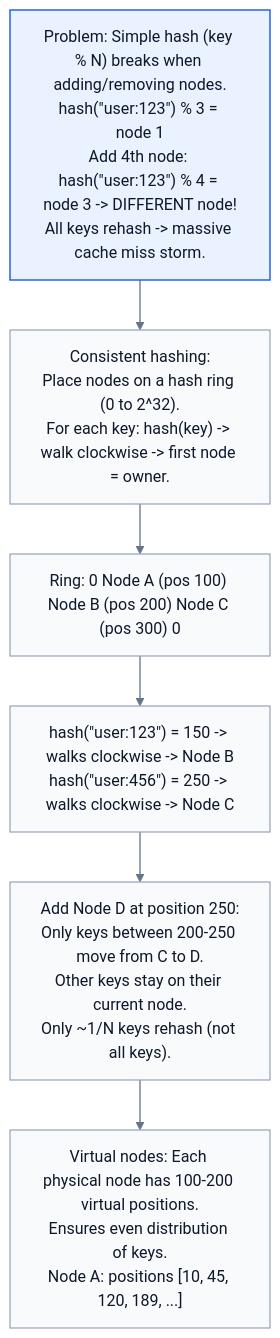
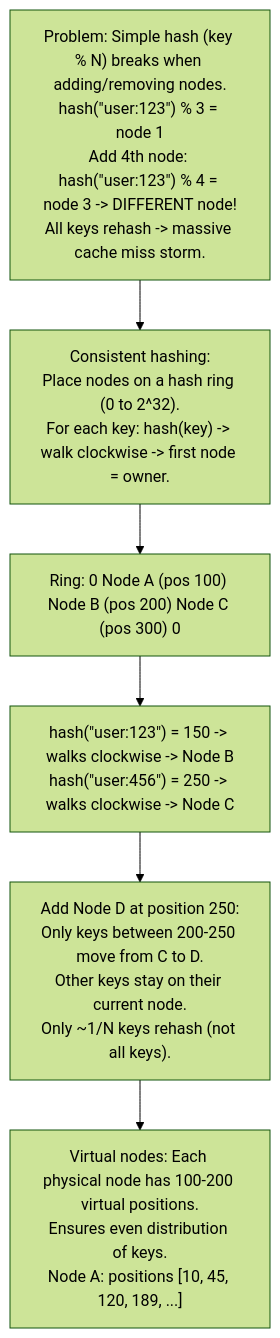
The second of 2 diagrams in 03-hld/22-distributed-cache.md (shivaram0583/system-design), drawn with Mermaid (forest theme) before and after one commit. The commit also changed 64 other files, not shown here.

````diff
--- a/03-hld/22-distributed-cache.md
+++ b/03-hld/22-distributed-cache.md
@@ -48,23 +48,14 @@
 ```mermaid
 flowchart TB
-    classDef primary fill:#eaf2ff,stroke:#2563eb,stroke-width:1.5px,color:#0f172a;
-    classDef secondary fill:#f8fafc,stroke:#94a3b8,stroke-width:1.2px,color:#0f172a;
-    linkStyle default stroke:#64748b,stroke-width:1.3px;
     N0["Problem: Simple hash (key % N) breaks when adding/removing nodes.<br/>hash(&quot;user:123&quot;) % 3 = node 1<br/>Add 4th node: hash(&quot;user:123&quot;) % 4 = node 3 -&gt; DIFFERENT node!<br/>All keys rehash -&gt; massive cache miss storm."]
-    class N0 primary
     N1["Consistent hashing:<br/>Place nodes on a hash ring (0 to 2^32).<br/>For each key: hash(key) -&gt; walk clockwise -&gt; first node = owner."]
-    class N1 secondary
     N2["Ring: 0 Node A (pos 100) Node B (pos 200) Node C (pos 300) 0"]
-    class N2 secondary
     N3["hash(&quot;user:123&quot;) = 150 -&gt; walks clockwise -&gt; Node B<br/>hash(&quot;user:456&quot;) = 250 -&gt; walks clockwise -&gt; Node C"]
-    class N3 secondary
     N4["Add Node D at position 250:<br/>Only keys between 200-250 move from C to D.<br/>Other keys stay on their current node.<br/>Only ~1/N keys rehash (not all keys)."]
-    class N4 secondary
     N5["Virtual nodes: Each physical node has 100-200 virtual positions.<br/>Ensures even distribution of keys.<br/>Node A: positions [10, 45, 120, 189, ...]"]
-    class N5 secondary
     N0 --> N1
     N1 --> N2
     N2 --> N3
     N3 --> N4
     N4 --> N5
 ```
````
